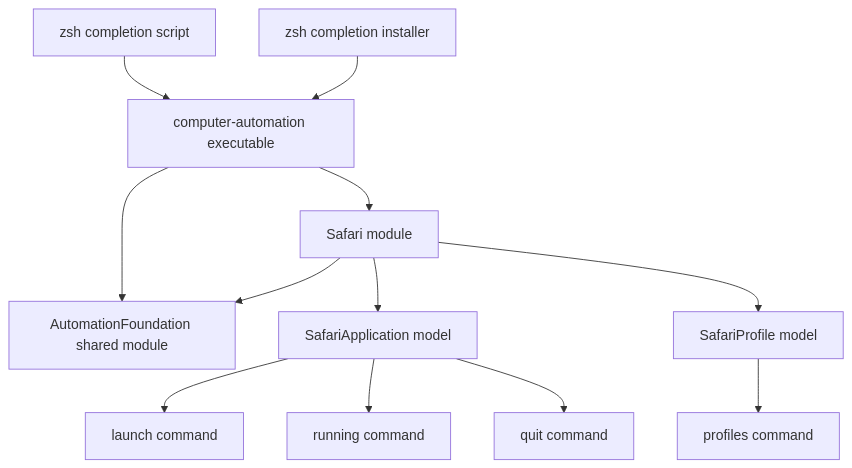
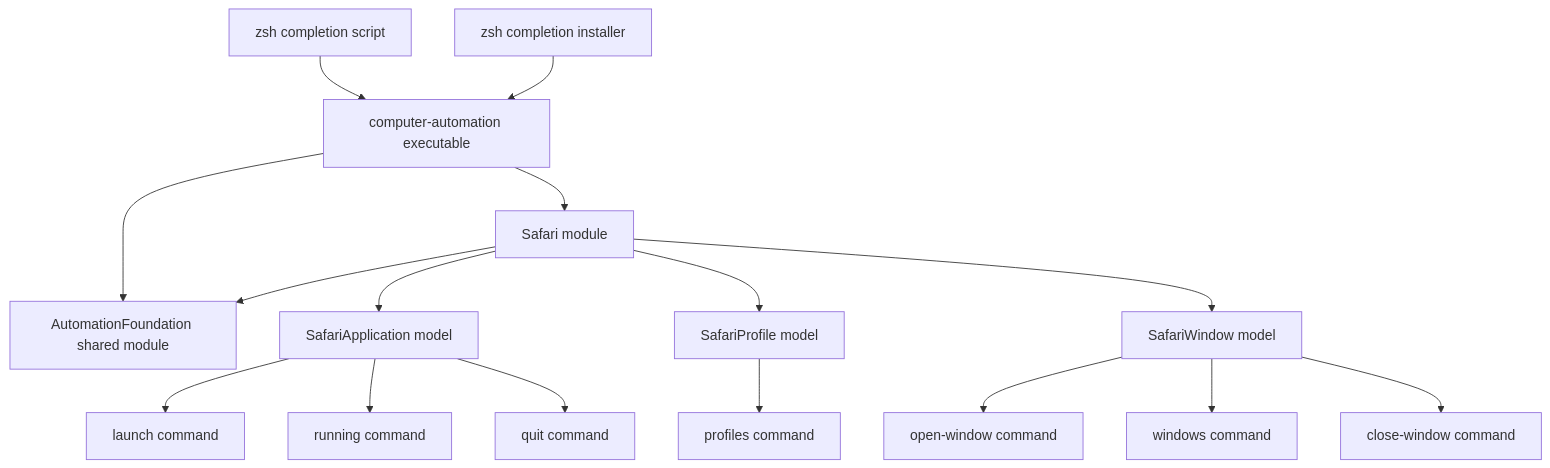
The diagram in docs/architecture.md (Glutexo/computer-automation), drawn with Mermaid before and after one commit. The commit also changed other lines of this file and 11 other files, not shown here.

Commit message:
feat: add safari window model

````diff
--- a/docs/architecture.md
+++ b/docs/architecture.md
@@ -5,26 +5,34 @@
 ```mermaid
 flowchart TD
     App["computer-automation executable"]
     Foundation["AutomationFoundation shared module"]
     Zsh["zsh completion script"]
     ZshInstaller["zsh completion installer"]
     Safari["Safari module"]
     SafariApplication["SafariApplication model"]
     SafariProfile["SafariProfile model"]
+    SafariWindow["SafariWindow model"]
     Launch["launch command"]
     Running["running command"]
     Quit["quit command"]
     Profiles["profiles command"]
+    WindowOpen["open-window command"]
+    Windows["windows command"]
+    WindowClose["close-window command"]
 
     App --> Foundation
     Zsh --> App
     ZshInstaller --> App
     App --> Safari
     Safari --> Foundation
     Safari --> SafariApplication
     Safari --> SafariProfile
+    Safari --> SafariWindow
     SafariApplication --> Launch
     SafariApplication --> Running
     SafariApplication --> Quit
     SafariProfile --> Profiles
+    SafariWindow --> WindowOpen
+    SafariWindow --> Windows
+    SafariWindow --> WindowClose
 ```
````
